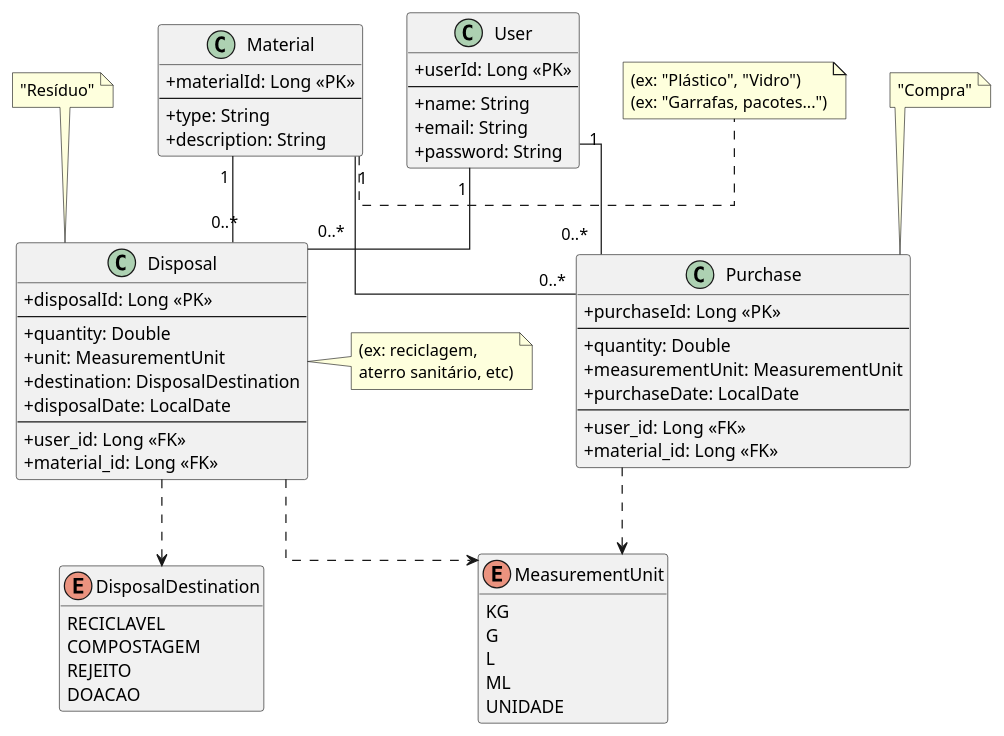
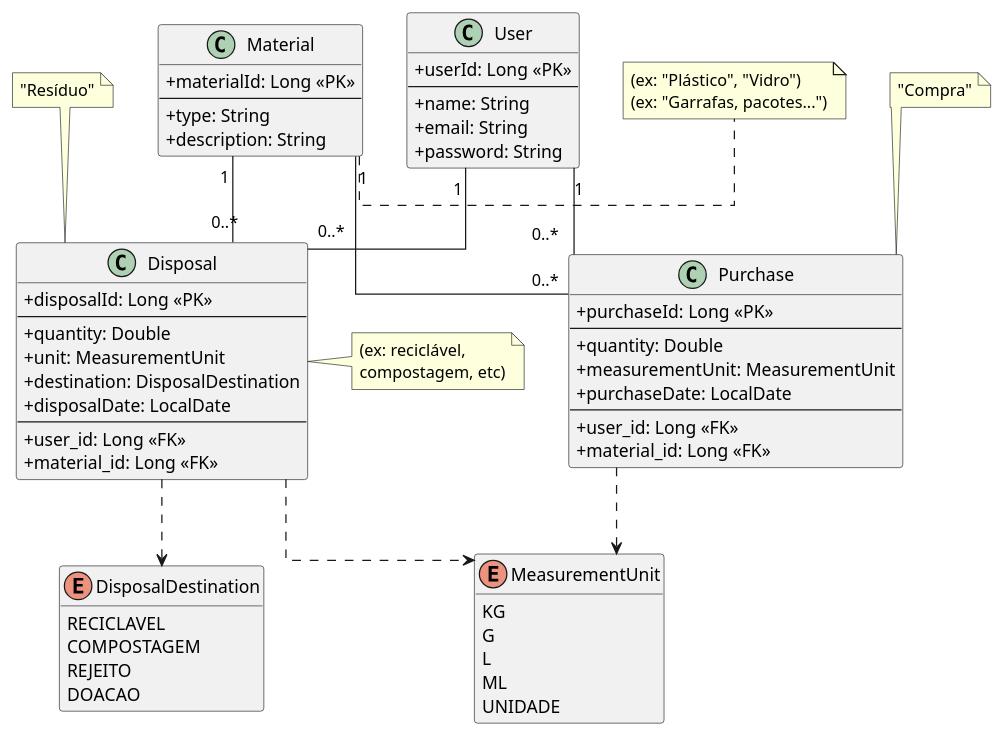
The diagram in docs/diagram.puml (MiguellAlvess/ecotrack-api), drawn with PlantUML before and after one commit.

```diff
--- a/docs/diagram.puml
+++ b/docs/diagram.puml
@@ -1,92 +1,92 @@
 @startuml
 ' Configurações para melhorar a aparência
 skinparam classAttributeIconSize 0
 skinparam linetype ortho
 hide empty members
 
 ' Definição das Entidades (Classes)
 class User {
   + userId: Long <<PK>>
   --
   + name: String
   + email: String
   + password: String
 }
 
 class Material {
   + materialId: Long <<PK>>
   --
   + type: String
   + description: String
 }
 
 class Purchase {
   + purchaseId: Long <<PK>>
   --
   + quantity: Double
   + measurementUnit: MeasurementUnit
   + purchaseDate: LocalDate
   --
   + user_id: Long <<FK>>
   + material_id: Long <<FK>>
 }
 
 class Disposal {
   + disposalId: Long <<PK>>
   --
   + quantity: Double
   + unit: MeasurementUnit
   + destination: DisposalDestination
   + disposalDate: LocalDate
   --
   + user_id: Long <<FK>>
   + material_id: Long <<FK>>
 }
 
 ' Definição dos Enums (como classes com estereótipo <<enum>>)
 enum MeasurementUnit {
   KG
   G
   L
   ML
   UNIDADE
 }
 
 enum DisposalDestination {
   RECICLAVEL
   COMPOSTAGEM
   REJEITO
   DOACAO
 }
 
 ' Definição das Relações
 ' Um User tem muitas Purchases
 ' Muitas Purchases são de um Material
 User "1" -- "0..*" Purchase
 Material "1" -- "0..*" Purchase
 
 ' Um User tem muitos Disposals
 ' Muitos Disposals são de um Material
 User "1" -- "0..*" Disposal
 Material "1" -- "0..*" Disposal
 
 ' Relações com os Enums
 Purchase ..> MeasurementUnit
 Disposal ..> MeasurementUnit
 Disposal ..> DisposalDestination
 
 ' Adicionando as notas (balões de exemplo)
 note top of Purchase : "Compra"
 note top of Disposal : "Resíduo"
 
 note right of Material
   (ex: "Plástico", "Vidro")
   (ex: "Garrafas, pacotes...")
 end note
 
 note right of Disposal
-  (ex: reciclagem,
-  aterro sanitário, etc)
+  (ex: reciclável,
+  compostagem, etc)
 end note
 
 @enduml
```
